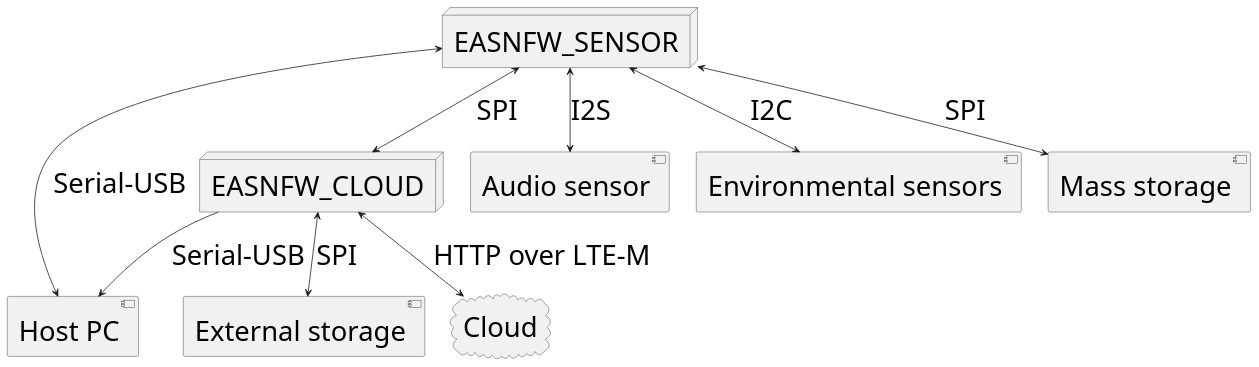
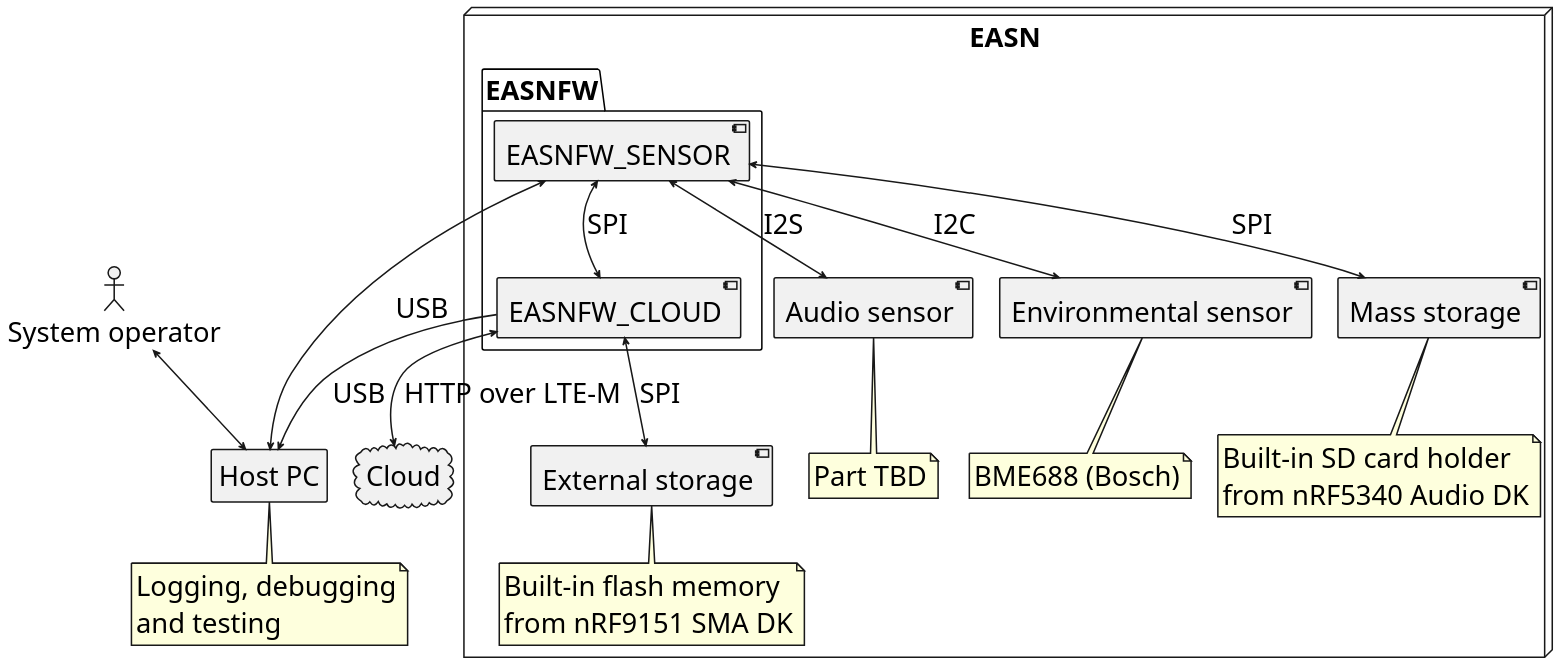
Before and after one commit to hslourenc/easnfw: the diagram in doc/requirements/src/plantuml/sys_arch.puml, drawn with PlantUML. The commit also changed 13 other files, not shown here.

```diff
--- a/doc/requirements/src/plantuml/sys_arch.puml
+++ b/doc/requirements/src/plantuml/sys_arch.puml
@@ -1,17 +1,55 @@
 @startuml
 skinparam defaultFontSize 36
+skinparam ArrowThickness 2
+skinparam CloudBorderThickness 2
+skinparam AgentBorderThickness 2
+skinparam ActorBorderThickness 2
+skinparam NodeBorderThickness 2
+skinparam PackageBorderThickness 2
+skinparam NoteBorderThickness 2
+skinparam ComponentBorderThickness 2
 
-node EASNFW_SENSOR
-node EASNFW_CLOUD
 cloud Cloud
+agent "Host PC" as Host_PC
+note bottom of Host_PC
+Logging, debugging
+and testing
+end note
+actor "System operator" as System_operator
 
-EASNFW_SENSOR <--> [Audio sensor]              : I2S
-EASNFW_SENSOR <--> [Environmental sensors]     : I2C
-EASNFW_SENSOR <--> [Host PC]                   : Serial-USB
-EASNFW_SENSOR <--> [Mass storage]              : SPI
-EASNFW_SENSOR <--> EASNFW_CLOUD                : SPI
-EASNFW_CLOUD  <--> Cloud                       : HTTP over LTE-M
-EASNFW_CLOUD   --> [Host PC]                   : Serial-USB
-EASNFW_CLOUD  <--> [External storage]          : SPI
+node "EASN" {
+    package "EASNFW" {
+        [EASNFW_SENSOR]
+        [EASNFW_CLOUD]
+    }
+    [Audio sensor]
+    note bottom of [Audio sensor]
+        Part TBD
+    end note
+    [Environmental sensor]
+    note bottom of [Environmental sensor]
+        BME688 (Bosch)
+    end note
+    [Mass storage]
+    note bottom of [Mass storage]
+        Built-in SD card holder
+        from nRF5340 Audio DK
+    end note 
+    [External storage]
+    note bottom of [External storage]
+        Built-in flash memory
+        from nRF9151 SMA DK
+    end note
+}
+
+[EASNFW_SENSOR] <--> [Audio sensor]          : I2S
+[EASNFW_SENSOR] <--> [Environmental sensor]  : I2C
+[EASNFW_SENSOR] <--> Host_PC                 : USB
+[EASNFW_SENSOR] <--> [Mass storage]          : SPI
+[EASNFW_SENSOR] <--> [EASNFW_CLOUD]          : SPI
+[EASNFW_CLOUD]  <--> Cloud                   : HTTP over LTE-M
+[EASNFW_CLOUD]   --> Host_PC                 : USB
+[EASNFW_CLOUD]  <--> [External storage]      : SPI
+System_operator <--> Host_PC
 
 @enduml
```
